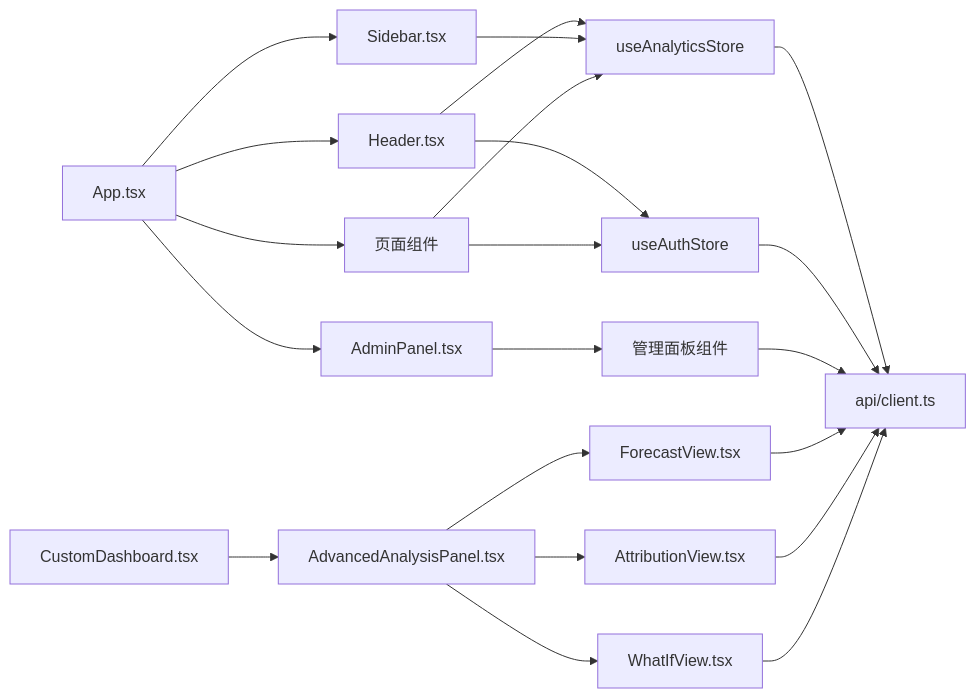
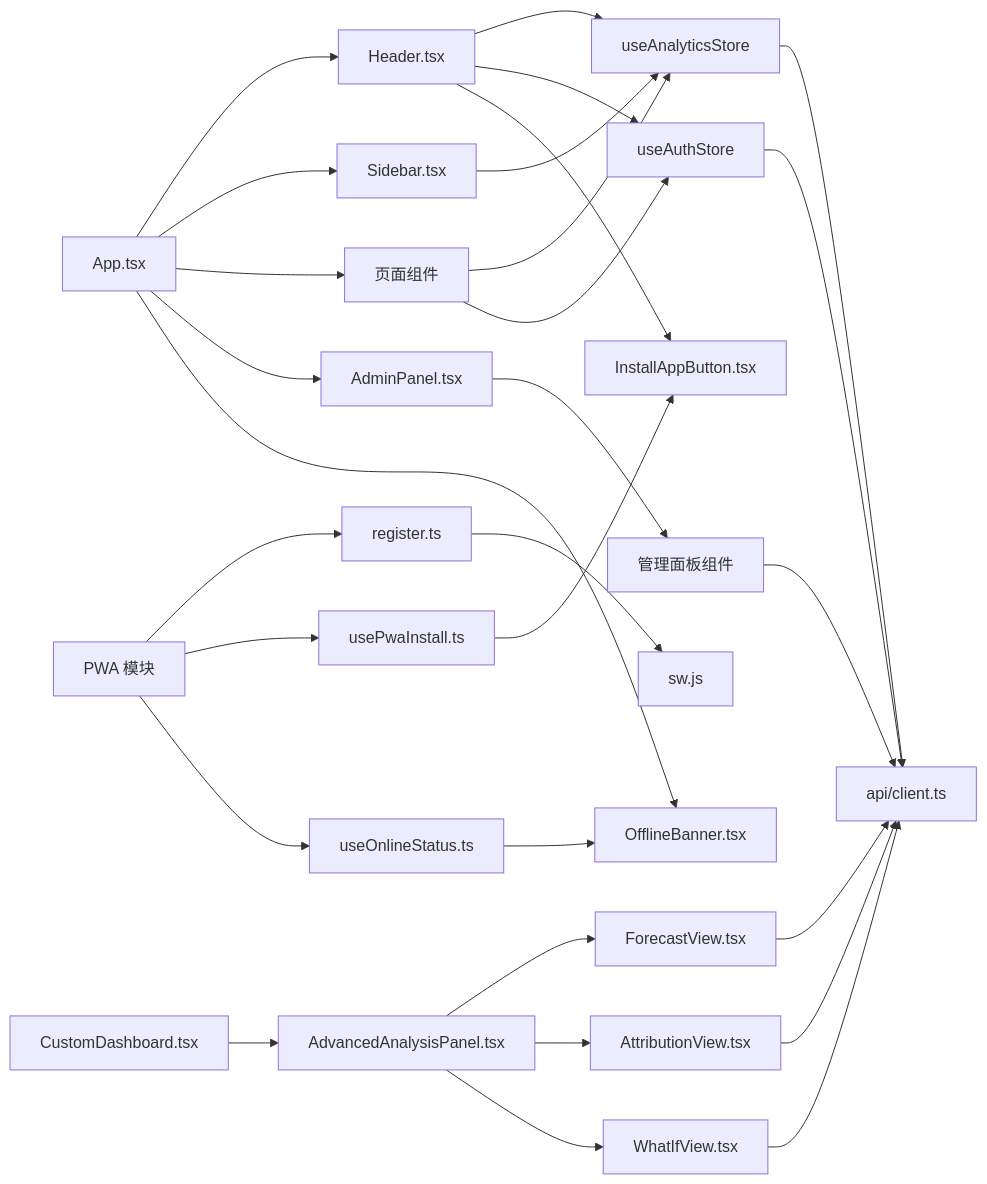
One commit to dgjin/smart-data-analytics changed diagram 15 of 15 in .qoder/repowiki/zh/content/前端应用/前端应用.md. Above: the diagram before and after it, drawn with Mermaid. The commit also changed other lines of this file and 146 other files, not shown here.

````diff
--- a/.qoder/repowiki/zh/content/前端应用/前端应用.md
+++ b/.qoder/repowiki/zh/content/前端应用/前端应用.md
@@ -590,23 +661,31 @@
 ```mermaid
 graph LR
 App["App.tsx"] --> Header["Header.tsx"]
 App --> Sidebar["Sidebar.tsx"]
 App --> Pages["页面组件"]
 App --> Admin["AdminPanel.tsx"]
+App --> Offline["OfflineBanner.tsx"]
 Header --> StoreA["useAnalyticsStore"]
 Header --> StoreB["useAuthStore"]
+Header --> InstallBtn["InstallAppButton.tsx"]
 Sidebar --> StoreA
 Pages --> StoreA
 Pages --> StoreB
 Admin --> Panels["管理面板组件"]
 StoreA --> API["api/client.ts"]
 StoreB --> API
 Panels --> API
 Dashboard["CustomDashboard.tsx"] --> Analysis["AdvancedAnalysisPanel.tsx"]
 Analysis --> Forecast["ForecastView.tsx"]
 Analysis --> Attribution["AttributionView.tsx"]
 Analysis --> WhatIf["WhatIfView.tsx"]
 Forecast --> API
 Attribution --> API
 WhatIf --> API
+PWA["PWA 模块"] --> Register["register.ts"]
+PWA --> InstallHook["usePwaInstall.ts"]
+PWA --> OnlineHook["useOnlineStatus.ts"]
+Register --> SW["sw.js"]
+InstallHook --> InstallBtn
+OnlineHook --> Offline
 ```
````
